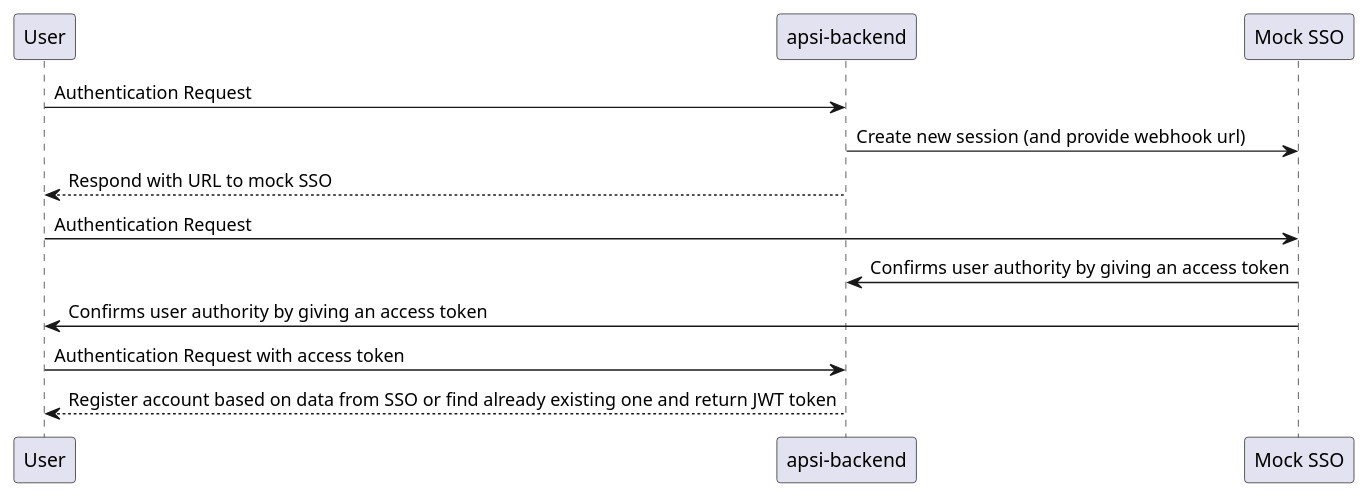
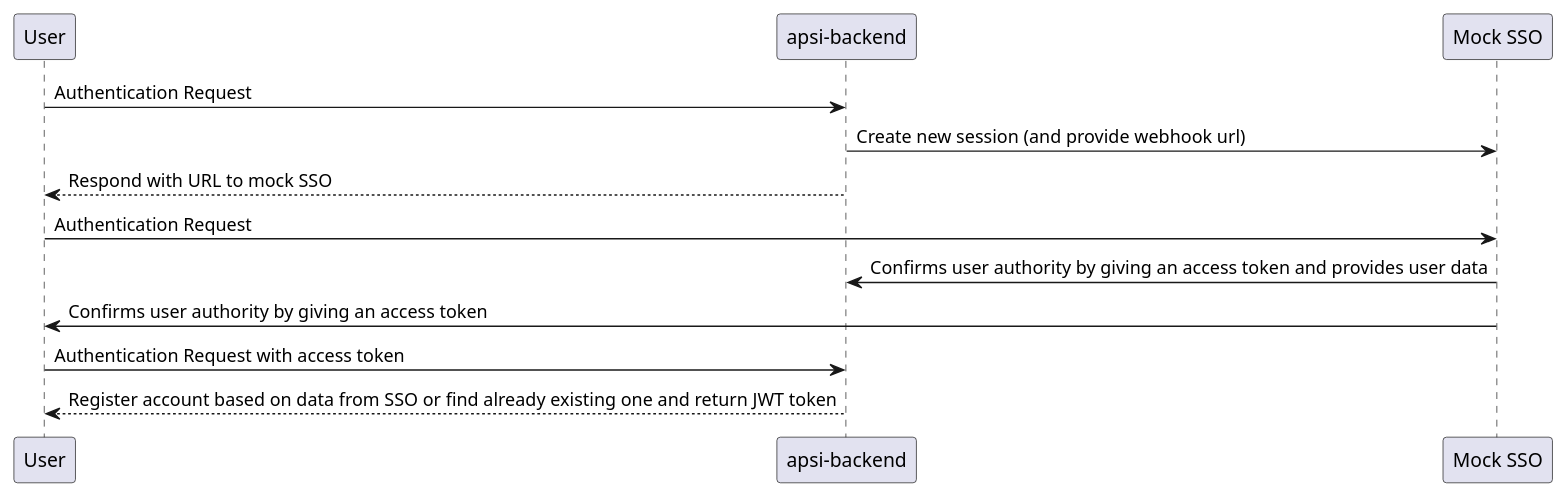
The diagram in sso-flow.puml (APSI-2020/mock-sso), drawn with PlantUML before and after one commit. The commit also changed 2 other files, not shown here.

Commit message:
Add sso flow image

```diff
--- a/sso-flow.puml
+++ b/sso-flow.puml
@@ -1,12 +1,12 @@
 @startuml
 User -> "apsi-backend": Authentication Request
 "apsi-backend" -> "Mock SSO": Create new session (and provide webhook url)
 "apsi-backend" --> User: Respond with URL to mock SSO
 
 User -> "Mock SSO": Authentication Request
-"Mock SSO" -> "apsi-backend": Confirms user authority by giving an access token
+"Mock SSO" -> "apsi-backend": Confirms user authority by giving an access token and provides user data
 "Mock SSO" -> User: Confirms user authority by giving an access token
 
 User -> "apsi-backend": Authentication Request with access token
 "apsi-backend" --> User: Register account based on data from SSO or find already existing one and return JWT token
 @enduml
```
